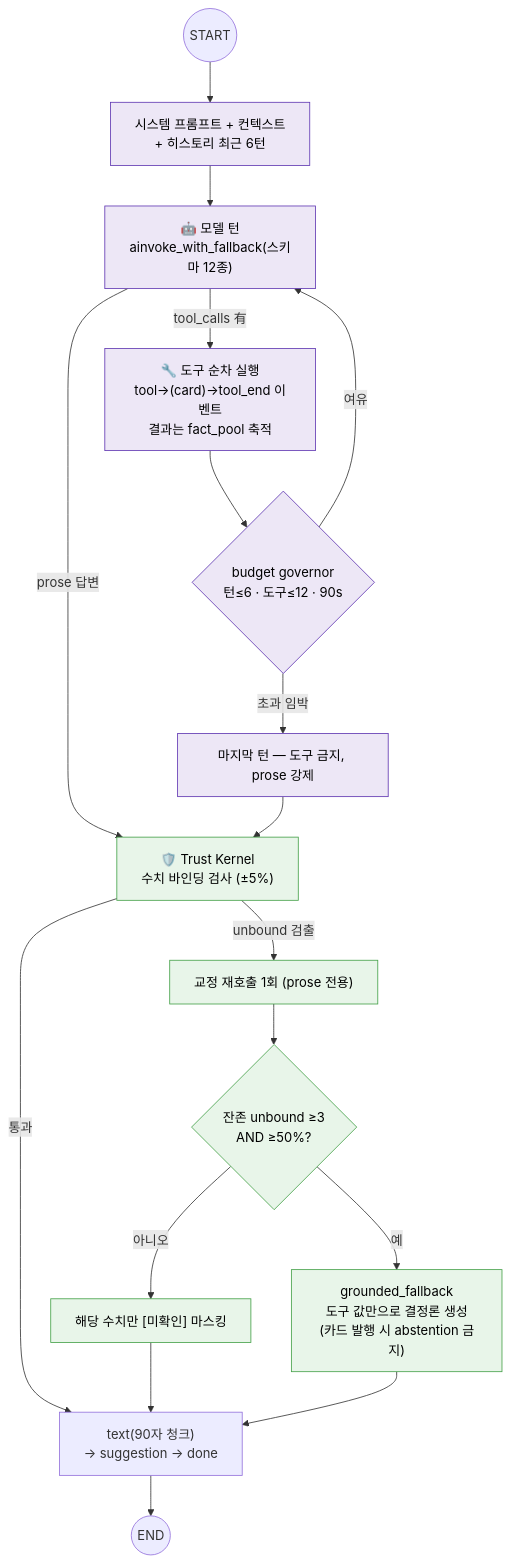
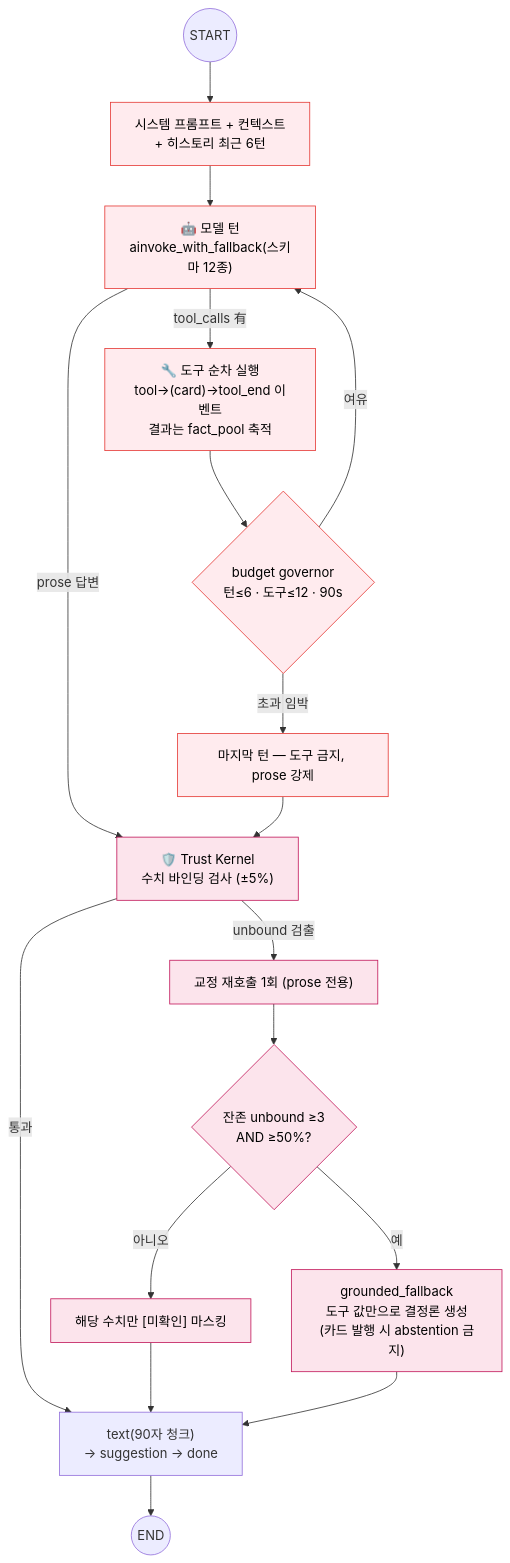
Before and after one commit to SJayKim/Catchment-Area-Analysis: the third of 3 diagrams in docs/learning/ARCHITECTURE-MAP.md, drawn with Mermaid. The commit also changed other lines of this file and 14 other files, not shown here.

````diff
--- a/docs/learning/ARCHITECTURE-MAP.md
+++ b/docs/learning/ARCHITECTURE-MAP.md
@@ -149,24 +153,24 @@
 ```mermaid
 flowchart TB
     START((START)) --> SYS["시스템 프롬프트 + 컨텍스트<br/>+ 히스토리 최근 6턴"]
     SYS --> TURN["🤖 모델 턴<br/>ainvoke_with_fallback(스키마 12종)"]
     TURN -->|tool_calls 有| EXEC["🔧 도구 순차 실행<br/>tool→(card)→tool_end 이벤트<br/>결과는 fact_pool 축적"]
     EXEC --> BUDGET{"budget governor<br/>턴≤6 · 도구≤12 · 90s"}
     BUDGET -->|여유| TURN
     BUDGET -->|초과 임박| FINAL["마지막 턴 — 도구 금지, prose 강제"]
     TURN -->|prose 답변| TK["🛡️ Trust Kernel<br/>수치 바인딩 검사 (±5%)"]
     FINAL --> TK
     TK -->|unbound 검출| CORR["교정 재호출 1회 (prose 전용)"]
     CORR --> TK2{"잔존 unbound ≥3<br/>AND ≥50%?"}
     TK2 -->|아니오| MASK["해당 수치만 [미확인] 마스킹"]
     TK2 -->|예| GF["grounded_fallback<br/>도구 값만으로 결정론 생성<br/>(카드 발행 시 abstention 금지)"]
     TK -->|통과| OUT["text(90자 청크)<br/>→ suggestion → done"]
     MASK --> OUT
     GF --> OUT
     OUT --> E((END))
 
-    classDef loop fill:#ede7f6,stroke:#5e35b1,color:#000
-    classDef trust fill:#e8f5e9,stroke:#43a047,color:#000
-    class SYS,TURN,EXEC,BUDGET,FINAL loop
-    class TK,CORR,TK2,MASK,GF trust
+    classDef agent fill:#ffebee,stroke:#e53935,color:#000
+    classDef gate fill:#fce4ec,stroke:#c2185b,color:#000
+    class SYS,TURN,EXEC,BUDGET,FINAL agent
+    class TK,CORR,TK2,MASK,GF gate
 ```
````
